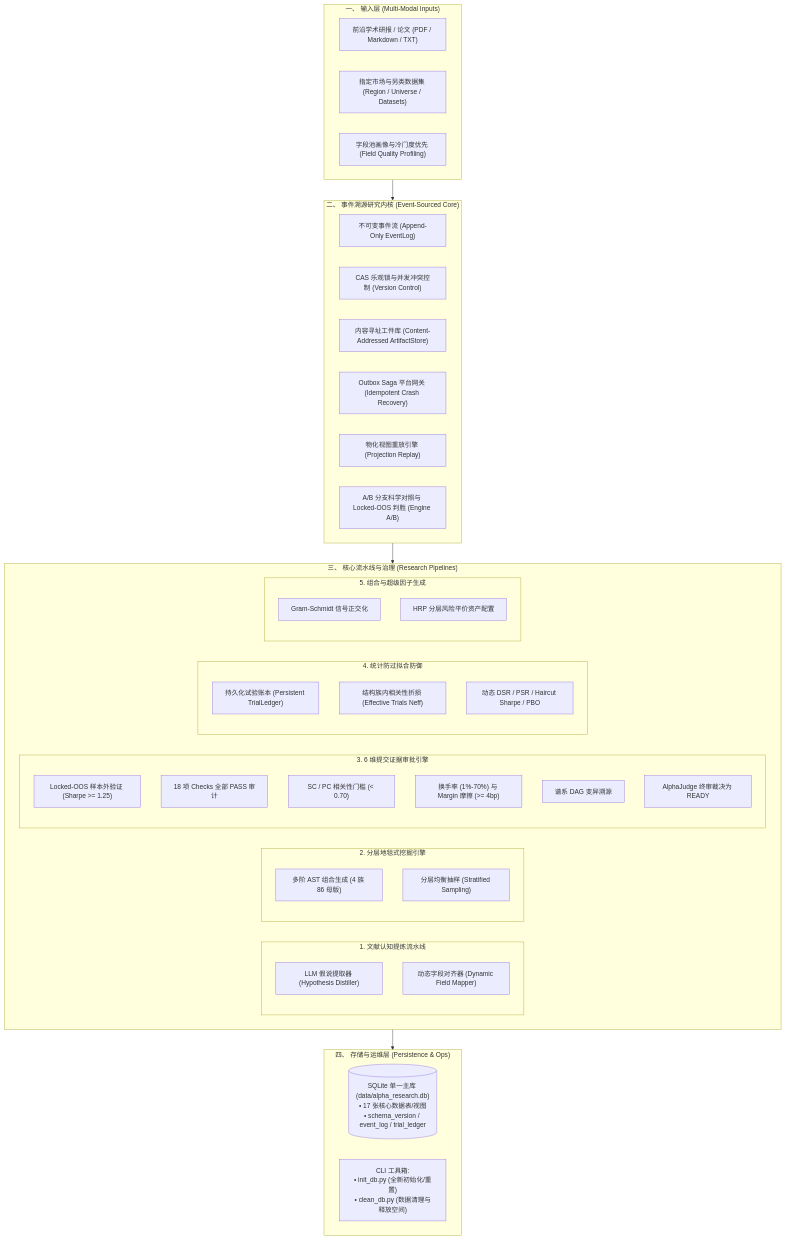
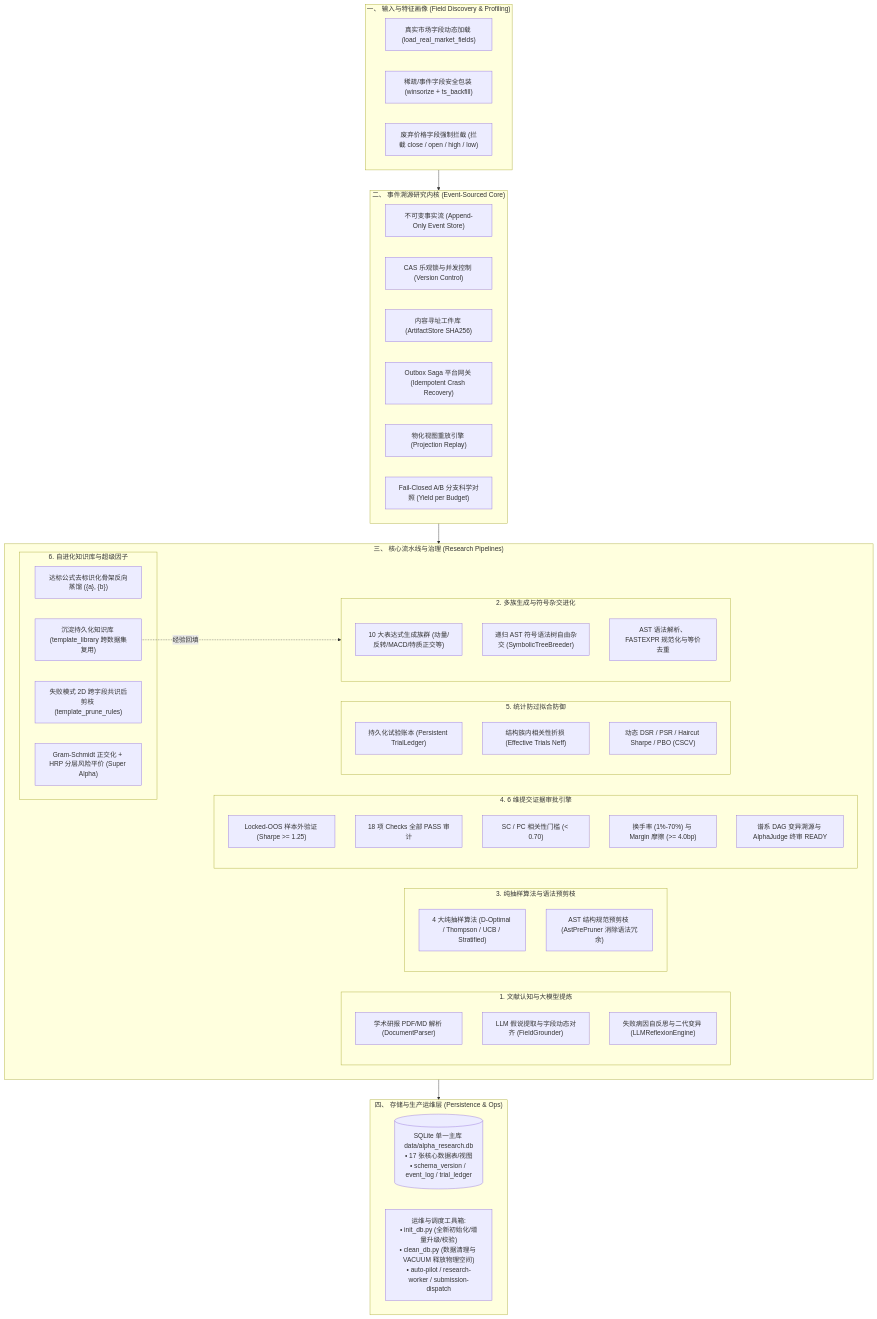
One commit to Justices/alpha_factory changed the diagram in README.md. Above: the diagram before and after it, drawn with Mermaid. The commit also changed other lines of this file and 11 other files, not shown here.

````diff
--- a/README.md
+++ b/README.md
@@ -29,58 +28,67 @@
 ```mermaid
 flowchart TD
-    subgraph INPUT["一、 输入层 (Multi-Modal Inputs)"]
-        P1["前沿学术研报 / 论文 (PDF / Markdown / TXT)"]
-        P2["指定市场与另类数据集 (Region / Universe / Datasets)"]
-        P3["字段池画像与冷门度优先 (Field Quality Profiling)"]
+    subgraph INPUT["一、 输入与特征画像 (Field Discovery & Profiling)"]
+        P1["真实市场字段动态加载 (load_real_market_fields)"]
+        P2["稀疏/事件字段安全包装 (winsorize + ts_backfill)"]
+        P3["废弃价格字段强制拦截 (拦截 close / open / high / low)"]
     end
 
     subgraph CORE["二、 事件溯源研究内核 (Event-Sourced Core)"]
-        E1["不可变事件流 (Append-Only EventLog)"]
-        E2["CAS 乐观锁与并发冲突控制 (Version Control)"]
-        E3["内容寻址工件库 (Content-Addressed ArtifactStore)"]
+        E1["不可变事实流 (Append-Only Event Store)"]
+        E2["CAS 乐观锁与并发控制 (Version Control)"]
+        E3["内容寻址工件库 (ArtifactStore SHA256)"]
         E4["Outbox Saga 平台网关 (Idempotent Crash Recovery)"]
         E5["物化视图重放引擎 (Projection Replay)"]
-        E6["A/B 分支科学对照与 Locked-OOS 判胜 (Engine A/B)"]
+        E6["Fail-Closed A/B 分支科学对照 (Yield per Budget)"]
     end
 
     subgraph ENGINE["三、 核心流水线与治理 (Research Pipelines)"]
-        subgraph RESEARCH["1. 文献认知提炼流水线"]
-            R1["LLM 假说提取器 (Hypothesis Distiller)"]
-            R2["动态字段对齐器 (Dynamic Field Mapper)"]
+        subgraph RESEARCH["1. 文献认知与大模型提炼"]
+            R1["学术研报 PDF/MD 解析 (DocumentParser)"]
+            R2["LLM 假说提取与字段动态对齐 (FieldGrounder)"]
+            R3["失败病因自反思与二代变异 (LLMReflexionEngine)"]
         end
 
-        subgraph MINING["2. 分层地毯式挖掘引擎"]
-            M1["多阶 AST 组合生成 (4 族 86 母版)"]
-            M2["分层均衡抽样 (Stratified Sampling)"]
+        subgraph MINING["2. 多族生成与符号杂交进化"]
+            M1["10 大表达式生成族群 (动量/反转/MACD/特质正交等)"]
+            M2["递归 AST 符号语法树自由杂交 (SymbolicTreeBreeder)"]
+            M3["AST 语法解析、FASTEXPR 规范化与等价去重"]
         end
 
-        subgraph JUDGE["3. 6 维提交证据审批引擎"]
+        subgraph SAMPLING["3. 纯抽样算法与语法预剪枝"]
+            S1["4 大纯抽样算法 (D-Optimal / Thompson / UCB / Stratified)"]
+            S2["AST 结构规范预剪枝 (AstPrePruner 消除语法冗余)"]
+        end
+
+        subgraph JUDGE["4. 6 维提交证据审批引擎"]
             J1["Locked-OOS 样本外验证 (Sharpe >= 1.25)"]
             J2["18 项 Checks 全部 PASS 审计"]
             J3["SC / PC 相关性门槛 (< 0.70)"]
-            J4["换手率 (1%-70%) 与 Margin 摩擦 (>= 4bp)"]
-            J5["谱系 DAG 变异溯源"]
-            J6["AlphaJudge 终审裁决为 READY"]
+            J4["换手率 (1%-70%) 与 Margin 摩擦 (>= 4.0bp)"]
+            J5["谱系 DAG 变异溯源与 AlphaJudge 终审 READY"]
         end
 
-        subgraph DEFENSE["4. 统计防过拟合防御"]
+        subgraph DEFENSE["5. 统计防过拟合防御"]
             D1["持久化试验账本 (Persistent TrialLedger)"]
             D2["结构族内相关性折损 (Effective Trials Neff)"]
-            D3["动态 DSR / PSR / Haircut Sharpe / PBO"]
+            D3["动态 DSR / PSR / Haircut Sharpe / PBO (CSCV)"]
         end
 
-        subgraph SUPER["5. 组合与超级因子生成"]
-            S1["Gram-Schmidt 信号正交化"]
-            S2["HRP 分层风险平价资产配置"]
+        subgraph DISTILL["6. 自进化知识库与超级因子"]
+            K1["达标公式去标识化骨架反向蒸馏 ({a}, {b})"]
+            K2["沉淀持久化知识库 (template_library 跨数据集复用)"]
+            K3["失败模式 2D 跨字段共识后剪枝 (template_prune_rules)"]
+            K4["Gram-Schmidt 正交化 + HRP 分层风险平价 (Super Alpha)"]
         end
     end
 
-    subgraph STORAGE["四、 存储与运维层 (Persistence & Ops)"]
-        DB[("SQLite 单一主库 (data/alpha_research.db)\n• 17 张核心数据表/视图\n• schema_version / event_log / trial_ledger")]
-        CLI["CLI 工具箱:\n• init_db.py (全新初始化/重置)\n• clean_db.py (数据清理与释放空间)"]
+    subgraph STORAGE["四、 存储与生产运维层 (Persistence & Ops)"]
+        DB[("SQLite 单一主库 data/alpha_research.db\n• 17 张核心数据表/视图\n• schema_version / event_log / trial_ledger")]
+        CLI["运维与调度工具箱:\n• init_db.py (全新初始化/增量升级/校验)\n• clean_db.py (数据清理与 VACUUM 释放物理空间)\n• auto-pilot / research-worker / submission-dispatch"]
     end
 
     INPUT --> CORE
     CORE --> ENGINE
     ENGINE --> STORAGE
+    K2 -.->|经验回填| MINING
 ```
````
